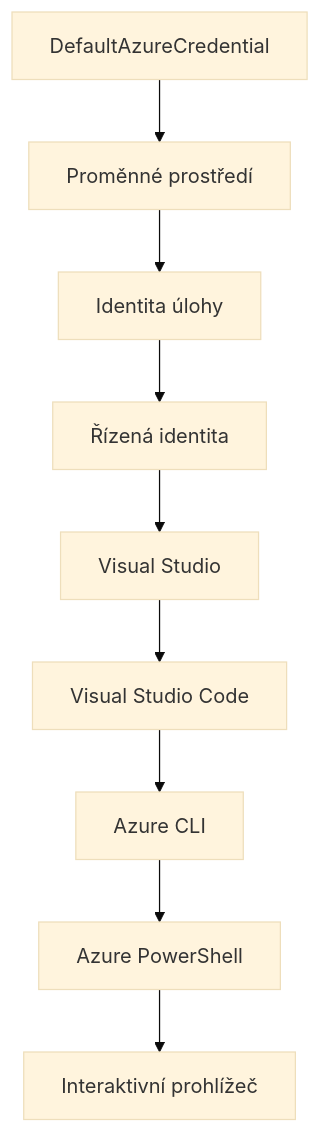
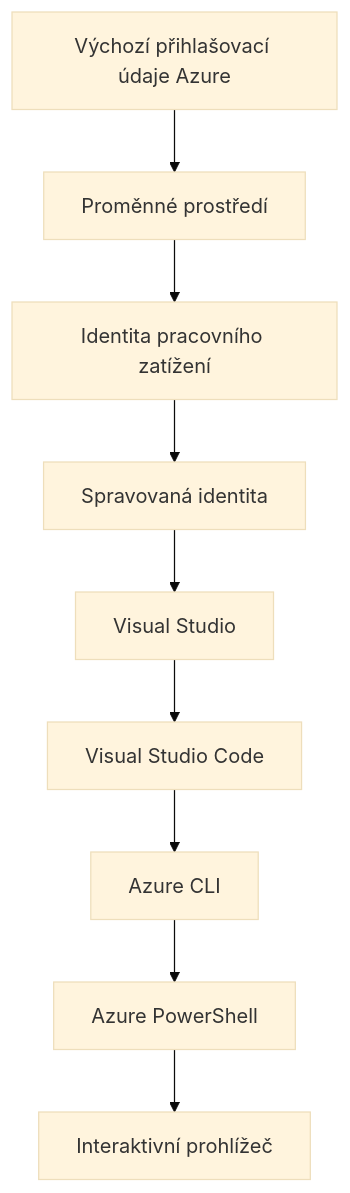
The second of 2 diagrams in translations/cs/docs/chapter-01-foundation/azd-basics.md (microsoft/AZD-for-beginners), drawn with Mermaid (base theme) before and after one commit. The commit also changed other lines of this file and 104 other files, not shown here.

````diff
--- a/translations/cs/docs/chapter-01-foundation/azd-basics.md
+++ b/translations/cs/docs/chapter-01-foundation/azd-basics.md
@@ -591,11 +608,11 @@
 ```mermaid
 graph TD
-    A[DefaultAzureCredential] --> B[Proměnné prostředí]
-    B --> C[Identita úlohy]
-    C --> D[Řízená identita]
+    A[Výchozí přihlašovací údaje Azure] --> B[Proměnné prostředí]
+    B --> C[Identita pracovního zatížení]
+    C --> D[Spravovaná identita]
     D --> E[Visual Studio]
     E --> F[Visual Studio Code]
     F --> G[Azure CLI]
     G --> H[Azure PowerShell]
     H --> I[Interaktivní prohlížeč]
 ```
````
